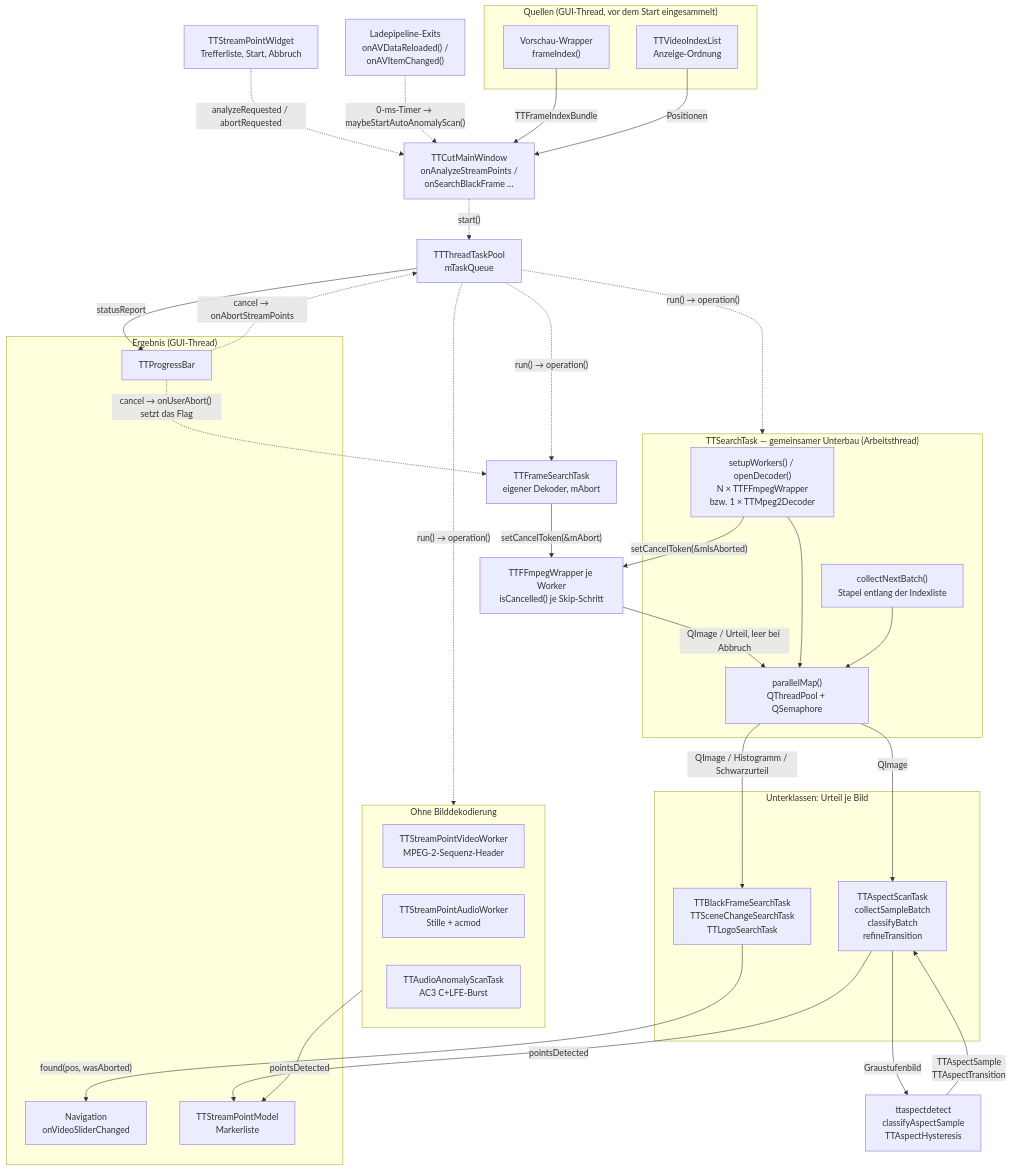
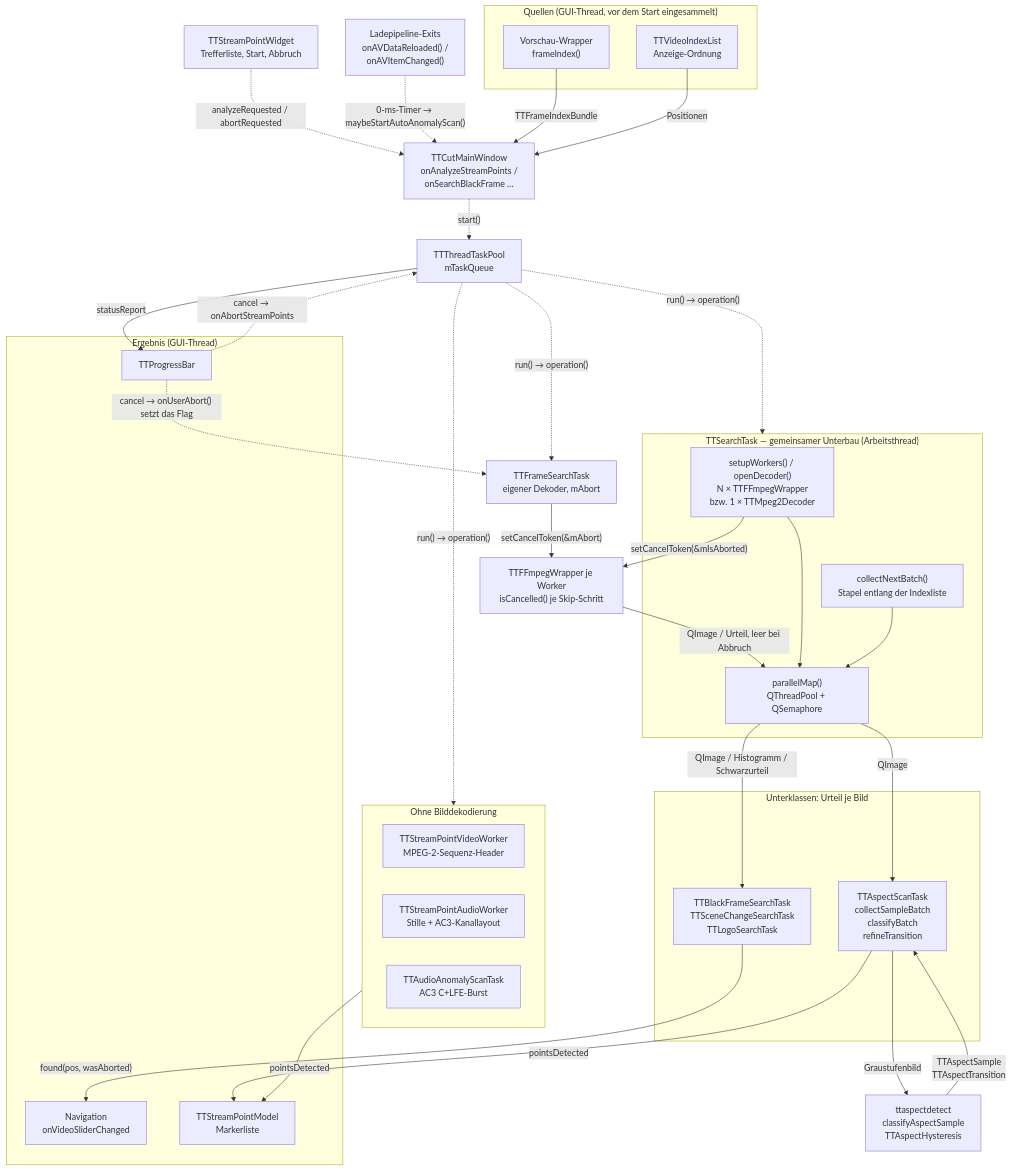
Before and after one commit to MINIXJR/TTCut-ng: the diagram in docs/code-map/detection-and-search.md, drawn with Mermaid. The commit also changed other lines of this file and 3 other files, not shown here.

````diff
--- a/docs/code-map/detection-and-search.md
+++ b/docs/code-map/detection-and-search.md
@@ -116,66 +117,66 @@
 ```mermaid
 flowchart TB
     subgraph SRC["Quellen (GUI-Thread, vor dem Start eingesammelt)"]
         PREV["Vorschau-Wrapper<br/>frameIndex()"]
         IDX["TTVideoIndexList<br/>Anzeige-Ordnung"]
     end
 
     LOADEXIT["Ladepipeline-Exits<br/>onAVDataReloaded() /<br/>onAVItemChanged()"]
     MW["TTCutMainWindow<br/>onAnalyzeStreamPoints /<br/>onSearchBlackFrame …"]
     WIDGET["TTStreamPointWidget<br/>Trefferliste, Start, Abbruch"]
     POOLQ["TTThreadTaskPool<br/>mTaskQueue"]
 
     subgraph BASE["TTSearchTask — gemeinsamer Unterbau (Arbeitsthread)"]
         SETUP["setupWorkers() / openDecoder()<br/>N × TTFFmpegWrapper<br/>bzw. 1 × TTMpeg2Decoder"]
         BATCH["collectNextBatch()<br/>Stapel entlang der Indexliste"]
         PMAP["parallelMap()<br/>QThreadPool + QSemaphore"]
     end
 
     WRAP["TTFFmpegWrapper je Worker<br/>isCancelled() je Skip-Schritt"]
     FSEARCH["TTFrameSearchTask<br/>eigener Dekoder, mAbort"]
 
     subgraph TASKS["Unterklassen: Urteil je Bild"]
         DIRT["TTBlackFrameSearchTask<br/>TTSceneChangeSearchTask<br/>TTLogoSearchTask"]
         ASPECT["TTAspectScanTask<br/>collectSampleBatch<br/>classifyBatch<br/>refineTransition"]
     end
 
     PURE["ttaspectdetect<br/>classifyAspectSample<br/>TTAspectHysteresis"]
 
     subgraph NODEC["Ohne Bilddekodierung"]
         VWORK["TTStreamPointVideoWorker<br/>MPEG-2-Sequenz-Header"]
-        AWORK["TTStreamPointAudioWorker<br/>Stille + acmod"]
+        AWORK["TTStreamPointAudioWorker<br/>Stille + AC3-Kanallayout"]
         ANOMALY["TTAudioAnomalyScanTask<br/>AC3 C+LFE-Burst"]
     end
 
     subgraph OUT["Ergebnis (GUI-Thread)"]
         NAV["Navigation<br/>onVideoSliderChanged"]
         MODEL["TTStreamPointModel<br/>Markerliste"]
         BAR["TTProgressBar"]
     end
 
     WIDGET -. "analyzeRequested / abortRequested" .-> MW
     LOADEXIT -. "0-ms-Timer → maybeStartAutoAnomalyScan()" .-> MW
     PREV -- "TTFrameIndexBundle" --> MW
     IDX -- "Positionen" --> MW
     MW -. "start()" .-> POOLQ
     POOLQ -. "run() → operation()" .-> BASE
     POOLQ -. "run() → operation()" .-> NODEC
 
     SETUP -- "setCancelToken(&amp;mIsAborted)" --> WRAP
     FSEARCH -- "setCancelToken(&amp;mAbort)" --> WRAP
     POOLQ -. "run() → operation()" .-> FSEARCH
     BAR -. "cancel → onUserAbort() setzt das Flag" .-> FSEARCH
     WRAP -- "QImage / Urteil, leer bei Abbruch" --> PMAP
     SETUP --> PMAP
     BATCH --> PMAP
     PMAP -- "QImage / Histogramm / Schwarzurteil" --> DIRT
     PMAP -- "QImage" --> ASPECT
     ASPECT -- "Graustufenbild" --> PURE
     PURE -- "TTAspectSample<br/>TTAspectTransition" --> ASPECT
 
     DIRT -- "found(pos, wasAborted)" --> NAV
     ASPECT -- "pointsDetected" --> MODEL
     NODEC -- "pointsDetected" --> MODEL
     POOLQ -- "statusReport" --> BAR
     BAR -. "cancel → onAbortStreamPoints" .-> POOLQ
 ```
````
